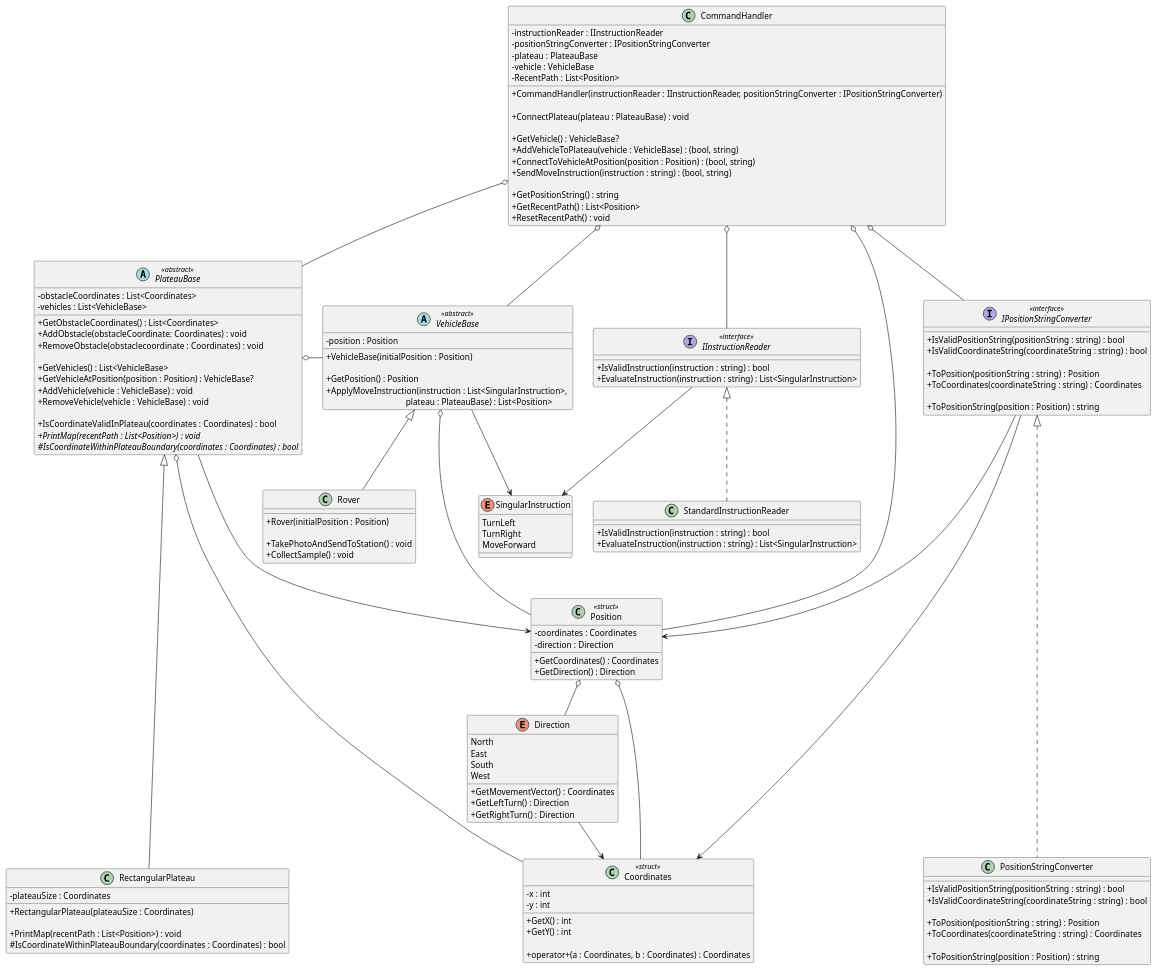
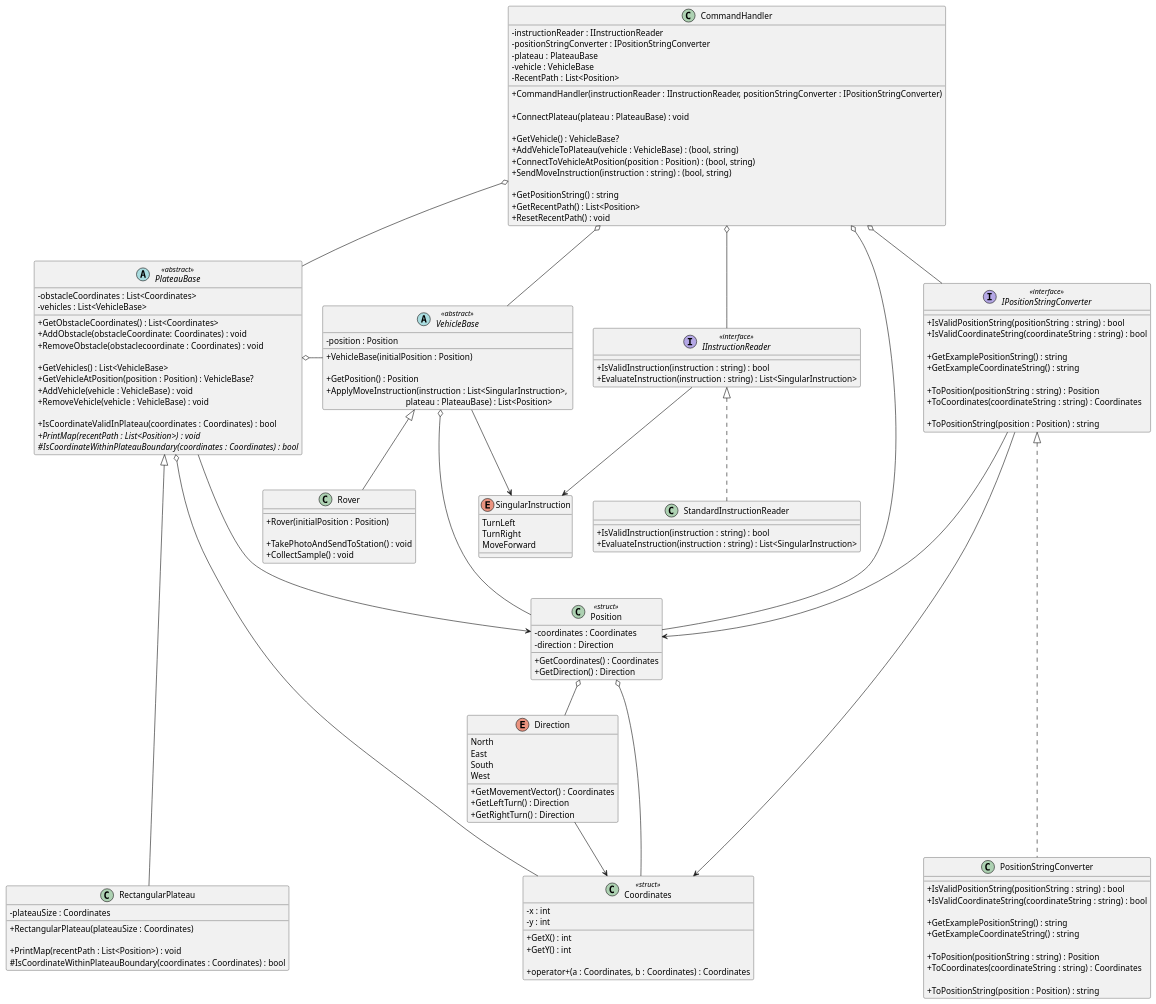
One commit to iamfranco/MarsRoverChallenge changed the diagram in diagrams/MarsRoverChallenge.puml. Above: the diagram before and after it, drawn with PlantUML. The commit also changed 1 other file, not shown here.

Commit message:
UML: add methods to IPositionStringConverter that returns example position and coordinate strings

```diff
--- a/diagrams/MarsRoverChallenge.puml
+++ b/diagrams/MarsRoverChallenge.puml
@@ -1,174 +1,180 @@
 @startuml "Mars Rover Challenge"
 skinparam classAttributeIconSize 0
 
 class CommandHandler
 {
   - instructionReader : IInstructionReader
   - positionStringConverter : IPositionStringConverter
   - plateau : PlateauBase
   - vehicle : VehicleBase
   - RecentPath : List<Position>
 
   + CommandHandler(instructionReader : IInstructionReader, positionStringConverter : IPositionStringConverter)
   
   + ConnectPlateau(plateau : PlateauBase) : void
 
   + GetVehicle() : VehicleBase?
   + AddVehicleToPlateau(vehicle : VehicleBase) : (bool, string)
   + ConnectToVehicleAtPosition(position : Position) : (bool, string)
   + SendMoveInstruction(instruction : string) : (bool, string)
 
   + GetPositionString() : string
   + GetRecentPath() : List<Position>
   + ResetRecentPath() : void
 }
 
 interface IInstructionReader <<interface>>
 {
   + IsValidInstruction(instruction : string) : bool
   + EvaluateInstruction(instruction : string) : List<SingularInstruction>
 }
 
 enum SingularInstruction
 {
   TurnLeft
   TurnRight
   MoveForward
 }
 
 class StandardInstructionReader
 {
   + IsValidInstruction(instruction : string) : bool
   + EvaluateInstruction(instruction : string) : List<SingularInstruction>
 }
 
 abstract PlateauBase <<abstract>>
 {
   - obstacleCoordinates : List<Coordinates>
   - vehicles : List<VehicleBase>
 
   + GetObstacleCoordinates() : List<Coordinates>
   + AddObstacle(obstacleCoordinate: Coordinates) : void
   + RemoveObstacle(obstaclecoordinate : Coordinates) : void
 
   + GetVehicles() : List<VehicleBase>
   + GetVehicleAtPosition(position : Position) : VehicleBase?
   + AddVehicle(vehicle : VehicleBase) : void
   + RemoveVehicle(vehicle : VehicleBase) : void
 
    + IsCoordinateValidInPlateau(coordinates : Coordinates) : bool
   {abstract} + PrintMap(recentPath : List<Position>) : void
   {abstract} # IsCoordinateWithinPlateauBoundary(coordinates : Coordinates) : bool
 }
 
 class RectangularPlateau
 {
   - plateauSize : Coordinates
 
   + RectangularPlateau(plateauSize : Coordinates)
 
   + PrintMap(recentPath : List<Position>) : void
   # IsCoordinateWithinPlateauBoundary(coordinates : Coordinates) : bool
 }
 
 class Coordinates <<struct>>
 {
   - x : int
   - y : int
 
   + GetX() : int
   + GetY() : int
 
   + operator+(a : Coordinates, b : Coordinates) : Coordinates
 }
 
 enum Direction
 {
   North
   East
   South
   West
 
   + GetMovementVector() : Coordinates
   + GetLeftTurn() : Direction
   + GetRightTurn() : Direction
 }
 
 interface IPositionStringConverter <<interface>>
 {
   + IsValidPositionString(positionString : string) : bool
   + IsValidCoordinateString(coordinateString : string) : bool
 
+  + GetExamplePositionString() : string
+  + GetExampleCoordinateString() : string
+
   + ToPosition(positionString : string) : Position
   + ToCoordinates(coordinateString : string) : Coordinates
 
   + ToPositionString(position : Position) : string
 }
 
 class Position <<struct>>
 {
   - coordinates : Coordinates
   - direction : Direction
 
   + GetCoordinates() : Coordinates
   + GetDirection() : Direction
 }
 
 class PositionStringConverter
 {
   + IsValidPositionString(positionString : string) : bool
   + IsValidCoordinateString(coordinateString : string) : bool
+
+  + GetExamplePositionString() : string
+  + GetExampleCoordinateString() : string
 
   + ToPosition(positionString : string) : Position
   + ToCoordinates(coordinateString : string) : Coordinates
 
   + ToPositionString(position : Position) : string
 }
 
 class Rover
 {
   + Rover(initialPosition : Position)
 
   + TakePhotoAndSendToStation() : void
   + CollectSample() : void
 }
 
 abstract VehicleBase <<abstract>>
 {
   - position : Position
 
   + VehicleBase(initialPosition : Position)
 
   + GetPosition() : Position
   + ApplyMoveInstruction(instruction : List<SingularInstruction>, \n\
                                      plateau : PlateauBase) : List<Position>
 }
 
 CommandHandler o-- IInstructionReader
 CommandHandler o-- IPositionStringConverter
 CommandHandler o-- PlateauBase
 CommandHandler o-- VehicleBase
 CommandHandler o---- Position
 
 IInstructionReader --> SingularInstruction
 IInstructionReader <|.. StandardInstructionReader 
 
 VehicleBase <|-- Rover
 VehicleBase --> SingularInstruction
 VehicleBase o--- Position
 
 IPositionStringConverter <|..... PositionStringConverter
 IPositionStringConverter ---> Position
 IPositionStringConverter ---> Coordinates
 
 PlateauBase <|----- RectangularPlateau
 PlateauBase --> Position
 PlateauBase o-- Coordinates
 PlateauBase o- VehicleBase
 
 Direction --> Coordinates 
 
 Position o-- Direction
 Position o-- Coordinates
 
 @enduml
```
